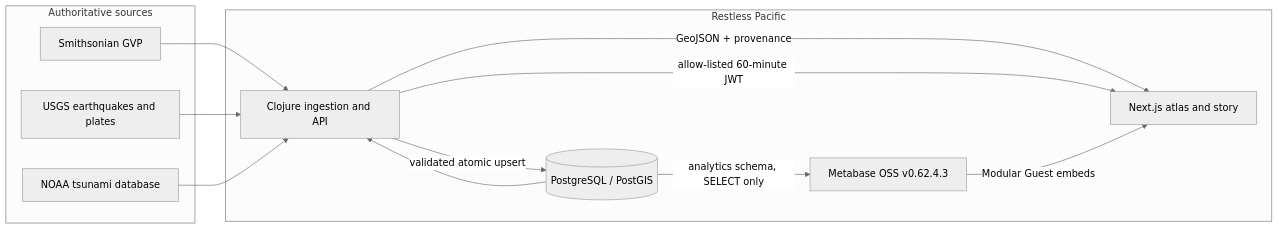
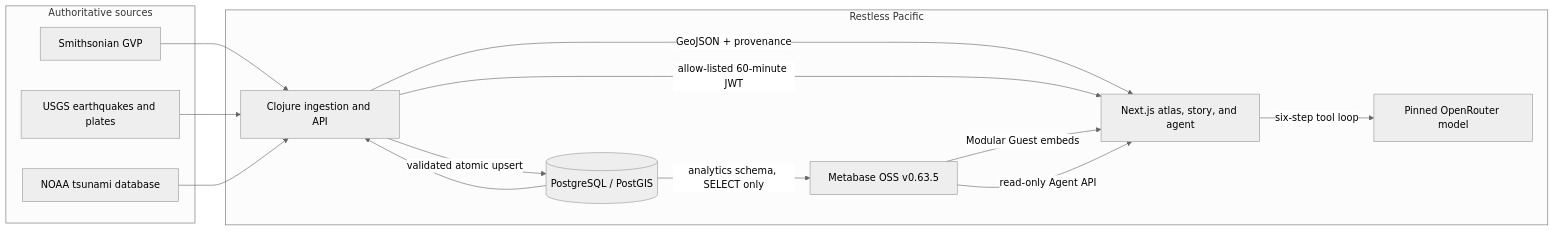
One commit to xerexcoded/ring-of-fire changed the diagram in README.md. Above: the diagram before and after it, drawn with Mermaid (neutral theme). The commit also changed other lines of this file and 63 other files, not shown here.

````diff
--- a/README.md
+++ b/README.md
@@ -95,23 +100,26 @@
 ```mermaid
 flowchart LR
   subgraph Sources["Authoritative sources"]
     GVP["Smithsonian GVP"]
     USGS["USGS earthquakes and plates"]
     NOAA["NOAA tsunami database"]
   end
   subgraph Platform["Restless Pacific"]
     CLJ["Clojure ingestion and API"]
     PG[("PostgreSQL / PostGIS")]
-    MB["Metabase OSS v0.62.4.3"]
-    NX["Next.js atlas and story"]
+    MB["Metabase OSS v0.63.5"]
+    NX["Next.js atlas, story, and agent"]
+    OR["Pinned OpenRouter model"]
   end
   GVP --> CLJ
   USGS --> CLJ
   NOAA --> CLJ
   CLJ -->|"validated atomic upsert"| PG
   PG -->|"analytics schema, SELECT only"| MB
   PG --> CLJ
   CLJ -->|"GeoJSON + provenance"| NX
   CLJ -->|"allow-listed 60-minute JWT"| NX
   MB -->|"Modular Guest embeds"| NX
+  MB -->|"read-only Agent API"| NX
+  NX -->|"six-step tool loop"| OR
 ```
````
